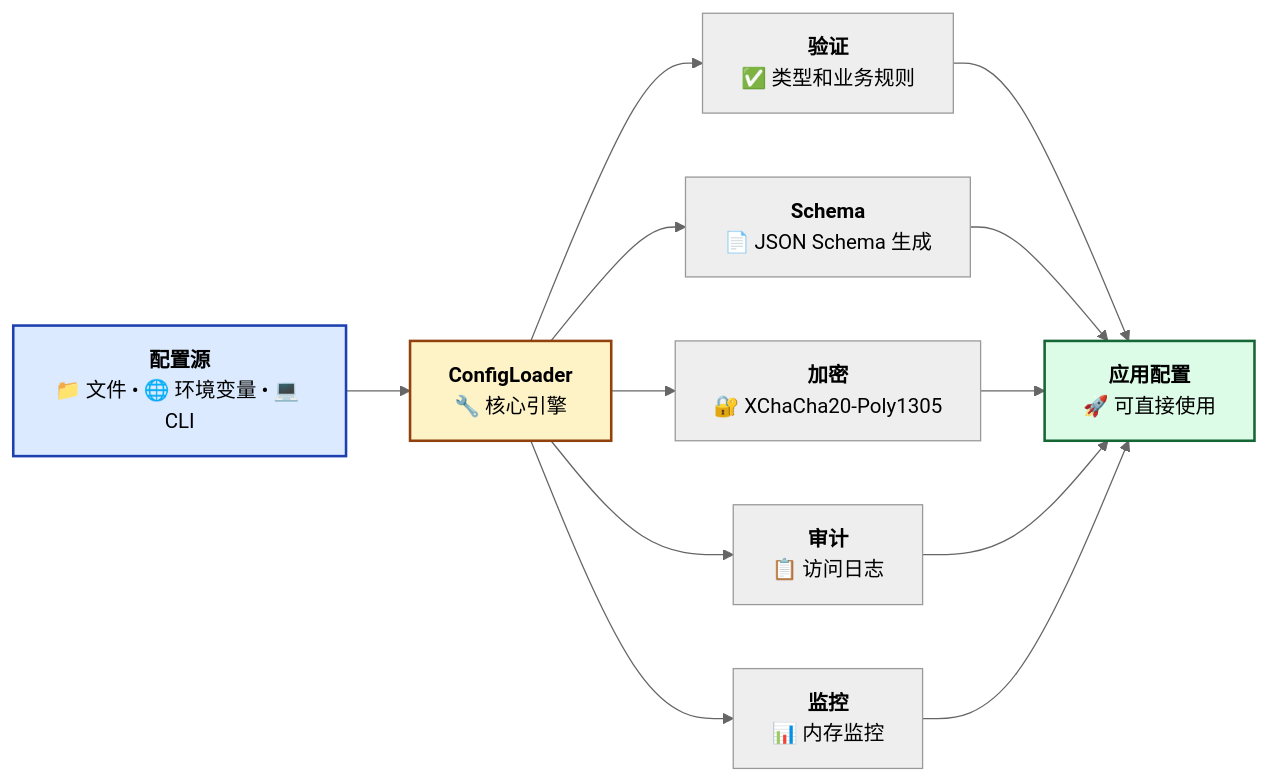
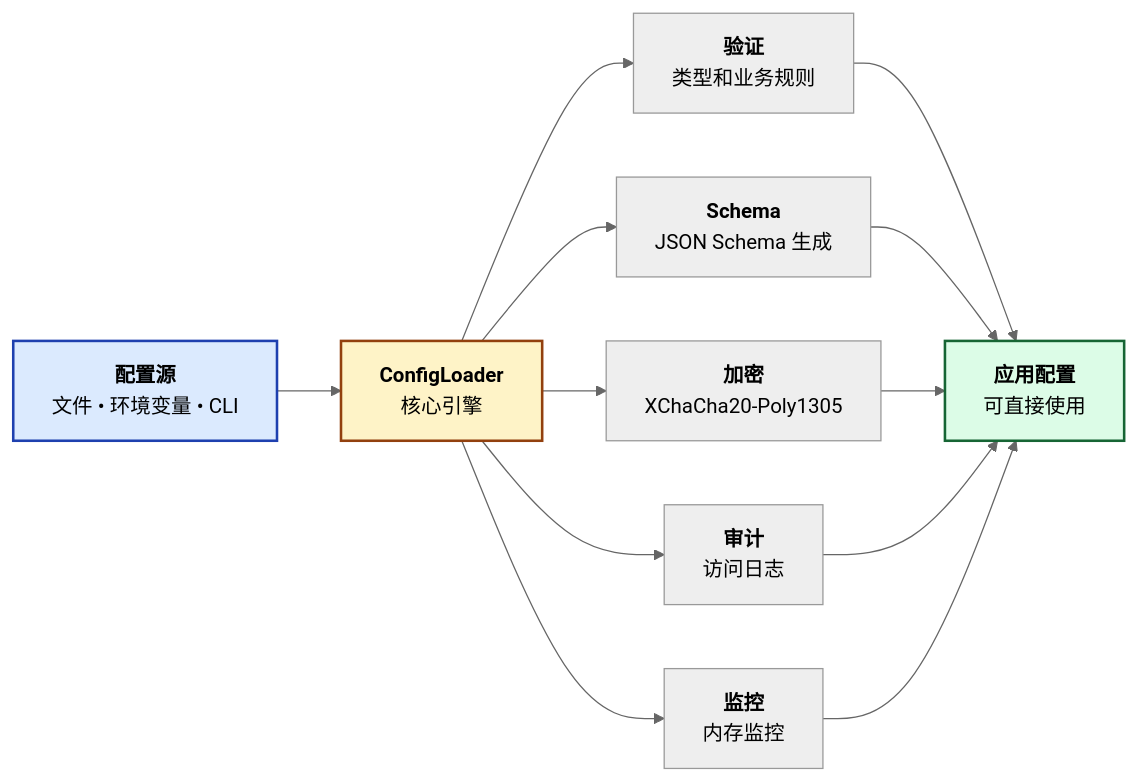
One commit to Kirky-X/confers changed the first of 3 diagrams in README_zh.md. Above: the diagram before and after it, drawn with Mermaid (neutral theme). The commit also changed other lines of this file and 3 other files, not shown here.

First line of the commit message:
docs: clean mermaid node emojis for renderer compatibility

````diff
--- a/README_zh.md
+++ b/README_zh.md
@@ -167,18 +167,18 @@
 ```mermaid
 graph LR
-    A[<b>配置源</b><br/>📁 文件 • 🌐 环境变量 • 💻 CLI] --> B[<b>ConfigLoader</b><br/>🔧 核心引擎]
-    B --> C[<b>验证</b><br/>✅ 类型和业务规则]
-    B --> D[<b>Schema</b><br/>📄 JSON Schema 生成]
-    B --> E[<b>加密</b><br/>🔐 XChaCha20-Poly1305]
-    B --> F[<b>审计</b><br/>📋 访问日志]
-    B --> G[<b>监控</b><br/>📊 内存监控]
-    C --> H[<b>应用配置</b><br/>🚀 可直接使用]
+    A["<b>配置源</b><br/>文件 • 环境变量 • CLI"] --> B["<b>ConfigLoader</b><br/>核心引擎"]
+    B --> C["<b>验证</b><br/>类型和业务规则"]
+    B --> D["<b>Schema</b><br/>JSON Schema 生成"]
+    B --> E["<b>加密</b><br/>XChaCha20-Poly1305"]
+    B --> F["<b>审计</b><br/>访问日志"]
+    B --> G["<b>监控</b><br/>内存监控"]
+    C --> H["<b>应用配置</b><br/>可直接使用"]
     D --> H
     E --> H
     F --> H
     G --> H
 
     style A fill:#DBEAFE,stroke:#1E40AF,stroke-width:2px
     style B fill:#FEF3C7,stroke:#92400E,stroke-width:2px
     style H fill:#DCFCE7,stroke:#166534,stroke-width:2px
 ```
````
